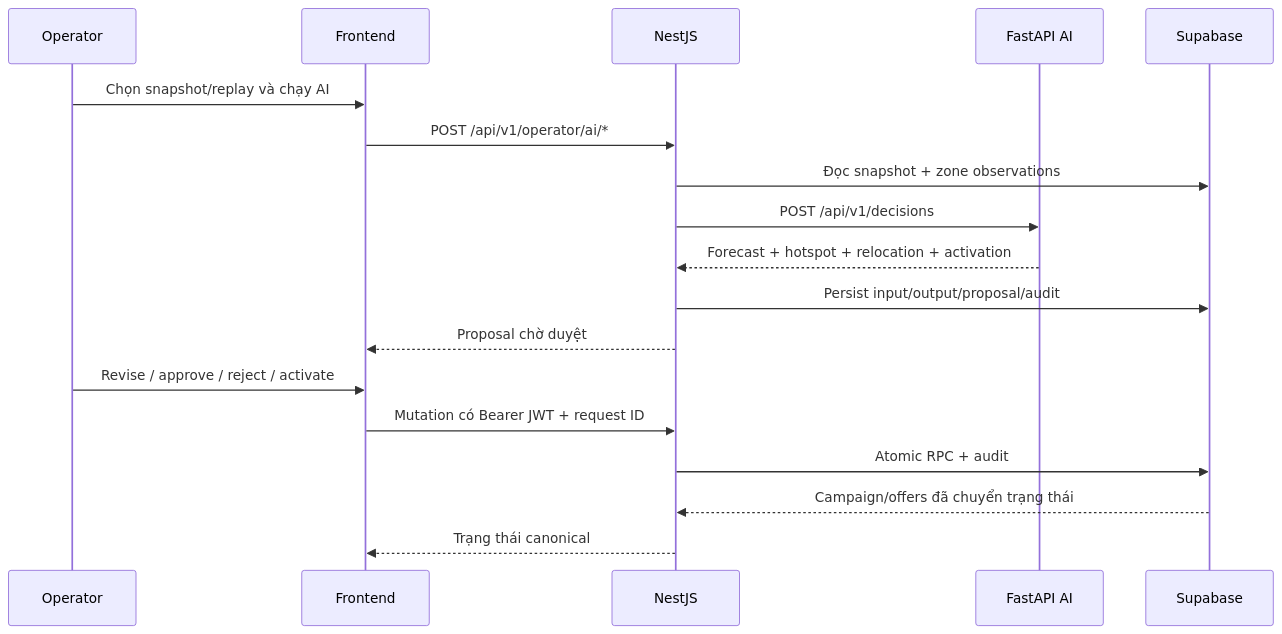
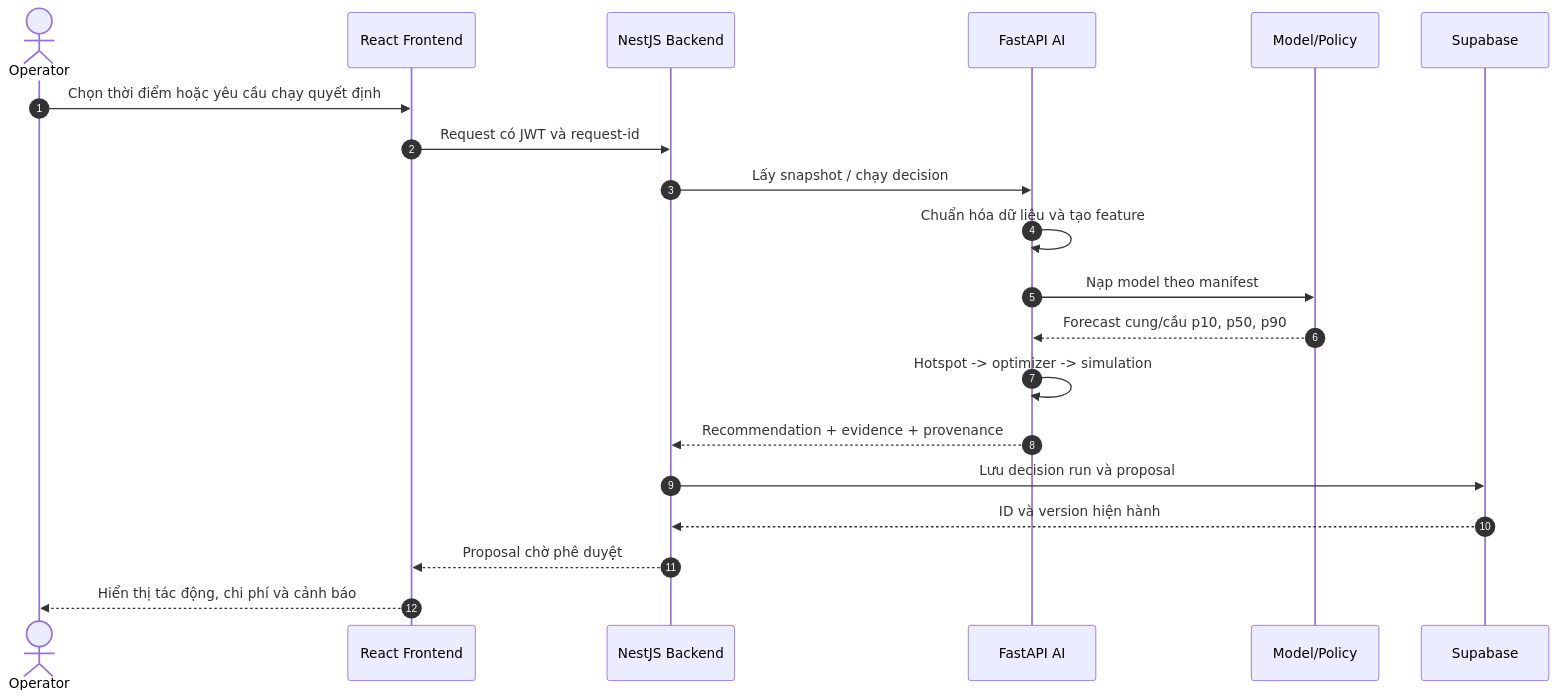
One commit to minhphamMt/gsm-demand-operator-demo changed the third of 7 diagrams in ARCHITECTURE.md. Above: the diagram before and after it, drawn with Mermaid. The commit also changed other lines of this file and 2 other files, not shown here.

Commit message:
docs: update current system architecture

````diff
--- a/ARCHITECTURE.md
+++ b/ARCHITECTURE.md
@@ -54,21 +143,23 @@
 ```mermaid
 sequenceDiagram
-    participant U as Operator
-    participant F as Frontend
-    participant B as NestJS
+    autonumber
+    actor O as Operator
+    participant F as React Frontend
+    participant B as NestJS Backend
     participant A as FastAPI AI
-    participant S as Supabase
+    participant M as Model/Policy
+    participant D as Supabase
 
-    U->>F: Chọn snapshot/replay và chạy AI
-    F->>B: POST /api/v1/operator/ai/*
-    B->>S: Đọc snapshot + zone observations
-    B->>A: POST /api/v1/decisions
-    A-->>B: Forecast + hotspot + relocation + activation
-    B->>S: Persist input/output/proposal/audit
-    B-->>F: Proposal chờ duyệt
-    U->>F: Revise / approve / reject / activate
-    F->>B: Mutation có Bearer JWT + request ID
-    B->>S: Atomic RPC + audit
-    S-->>B: Campaign/offers đã chuyển trạng thái
-    B-->>F: Trạng thái canonical
+    O->>F: Chọn thời điểm hoặc yêu cầu chạy quyết định
+    F->>B: Request có JWT và request-id
+    B->>A: Lấy snapshot / chạy decision
+    A->>A: Chuẩn hóa dữ liệu và tạo feature
+    A->>M: Nạp model theo manifest
+    M-->>A: Forecast cung/cầu p10, p50, p90
+    A->>A: Hotspot -> optimizer -> simulation
+    A-->>B: Recommendation + evidence + provenance
+    B->>D: Lưu decision run và proposal
+    D-->>B: ID và version hiện hành
+    B-->>F: Proposal chờ phê duyệt
+    F-->>O: Hiển thị tác động, chi phí và cảnh báo
 ```
````
